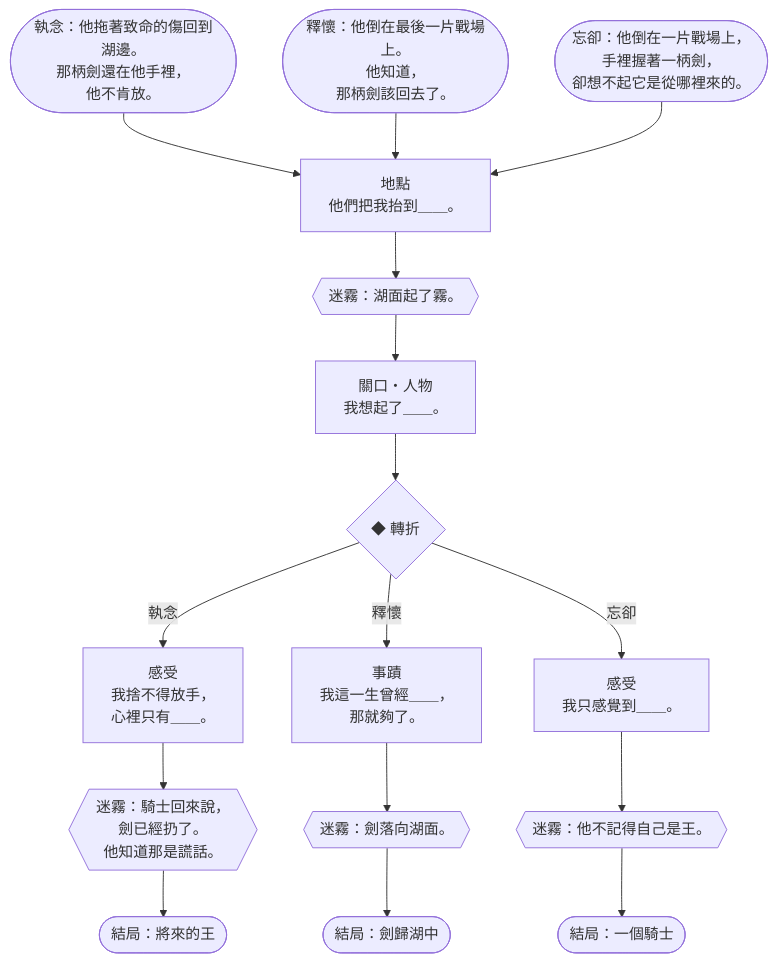
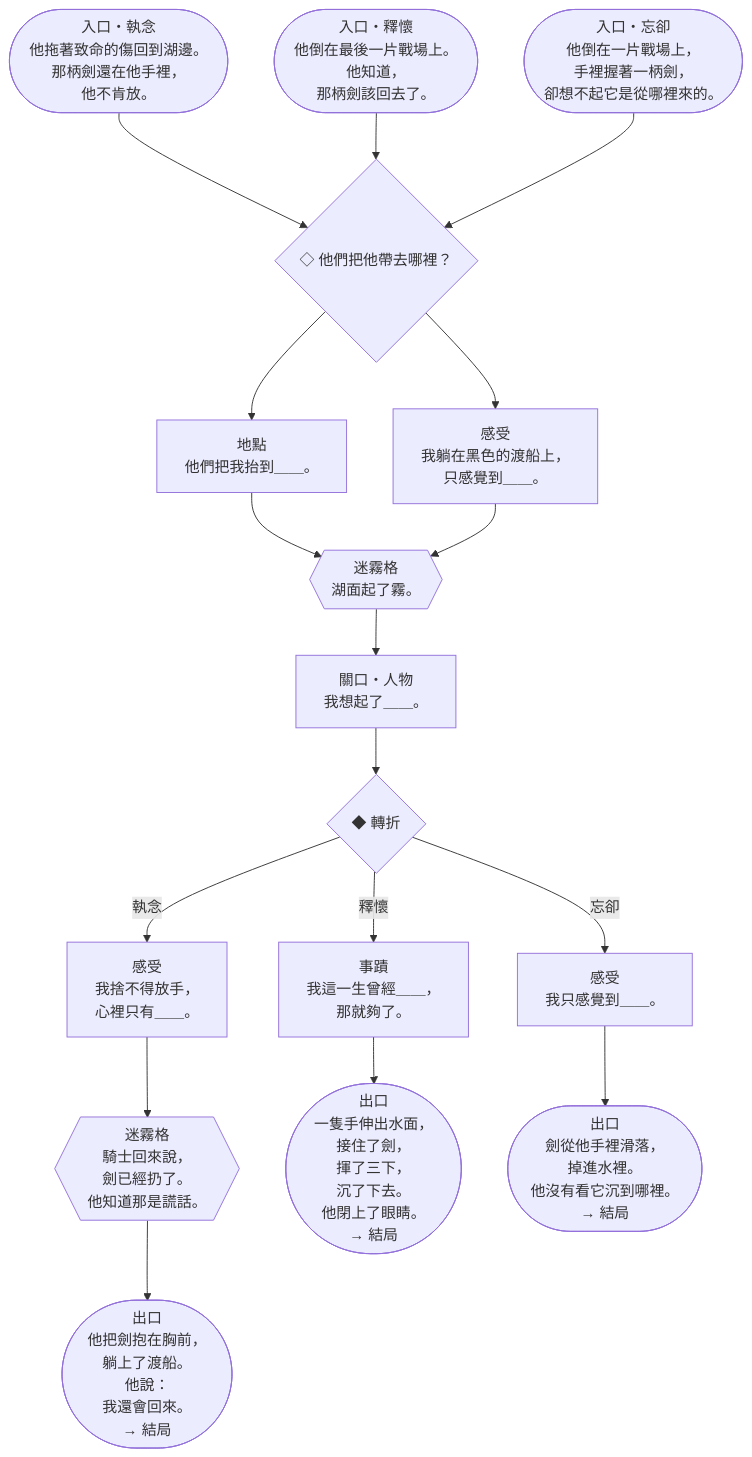
Before and after one commit to Ralph-Liu-Hub/Boardgame-Netherbloom: the ninth of 15 diagrams in docs/design/V5-storybooks.zh-TW.md, drawn with Mermaid. The commit also changed other lines of this file, not shown here.

````diff
--- a/docs/design/V5-storybooks.zh-TW.md
+++ b/docs/design/V5-storybooks.zh-TW.md
@@ -560,11 +751,32 @@
 ```mermaid
 flowchart TD
-  c2E0(["執念：他拖著致命的傷回到湖邊。<br>那柄劍還在他手裡，<br>他不肯放。"]) --> c2A
-  c2E1(["釋懷：他倒在最後一片戰場上。<br>他知道，<br>那柄劍該回去了。"]) --> c2A
-  c2E2(["忘卻：他倒在一片戰場上，<br>手裡握著一柄劍，<br>卻想不起它是從哪裡來的。"]) --> c2A
-  c2A["地點<br>他們把我抬到＿＿。"] --> c2M{{"迷霧：湖面起了霧。"}}
-  c2M --> c2B["關口・人物<br>我想起了＿＿。"] --> c2T{"◆ 轉折"}
-  c2T -- 執念 --> c2C0["感受<br>我捨不得放手，<br>心裡只有＿＿。"] --> c2X0{{"迷霧：騎士回來說，<br>劍已經扔了。<br>他知道那是謊話。"}} --> c2O0(["結局：將來的王"])
-  c2T -- 釋懷 --> c2C1["事蹟<br>我這一生曾經＿＿，<br>那就夠了。"] --> c2X1{{"迷霧：劍落向湖面。"}} --> c2O1(["結局：劍歸湖中"])
-  c2T -- 忘卻 --> c2C2["感受<br>我只感覺到＿＿。"] --> c2X2{{"迷霧：他不記得自己是王。"}} --> c2O2(["結局：一個騎士"])
+  c2E0(["入口・執念<br>他拖著致命的傷回到湖邊。<br>那柄劍還在他手裡，<br>他不肯放。"]) --> c2p1
+  c2E1(["入口・釋懷<br>他倒在最後一片戰場上。<br>他知道，<br>那柄劍該回去了。"]) --> c2p1
+  c2E2(["入口・忘卻<br>他倒在一片戰場上，<br>手裡握著一柄劍，<br>卻想不起它是從哪裡來的。"]) --> c2p1
+  c2p1{"◇ 他們把他帶去哪裡？"}
+  c2p1 --> c2a1
+  c2p1 --> c2a2
+  c2a1["地點<br>他們把我抬到＿＿。"]
+  c2a1 --> c2x1
+  c2a2["感受<br>我躺在黑色的渡船上，<br>只感覺到＿＿。"]
+  c2a2 --> c2x1
+  c2x1{{"迷霧格<br>湖面起了霧。"}}
+  c2x1 --> c2b
+  c2b["關口・人物<br>我想起了＿＿。"]
+  c2b --> c2f
+  c2f{"◆ 轉折"}
+  c2f -- 執念 --> c2c1
+  c2f -- 釋懷 --> c2c2
+  c2f -- 忘卻 --> c2c3
+  c2c1["感受<br>我捨不得放手，<br>心裡只有＿＿。"]
+  c2c1 --> c2x2
+  c2x2{{"迷霧格<br>騎士回來說，<br>劍已經扔了。<br>他知道那是謊話。"}}
+  c2x2 --> c2o1
+  c2c2["事蹟<br>我這一生曾經＿＿，<br>那就夠了。"]
+  c2c2 --> c2o2
+  c2c3["感受<br>我只感覺到＿＿。"]
+  c2c3 --> c2o3
+  c2o1(["出口<br>他把劍抱在胸前，<br>躺上了渡船。<br>他說：<br>我還會回來。<br>→ 結局"])
+  c2o2(["出口<br>一隻手伸出水面，<br>接住了劍，<br>揮了三下，<br>沉了下去。<br>他閉上了眼睛。<br>→ 結局"])
+  c2o3(["出口<br>劍從他手裡滑落，<br>掉進水裡。<br>他沒有看它沉到哪裡。<br>→ 結局"])
 ```
````
